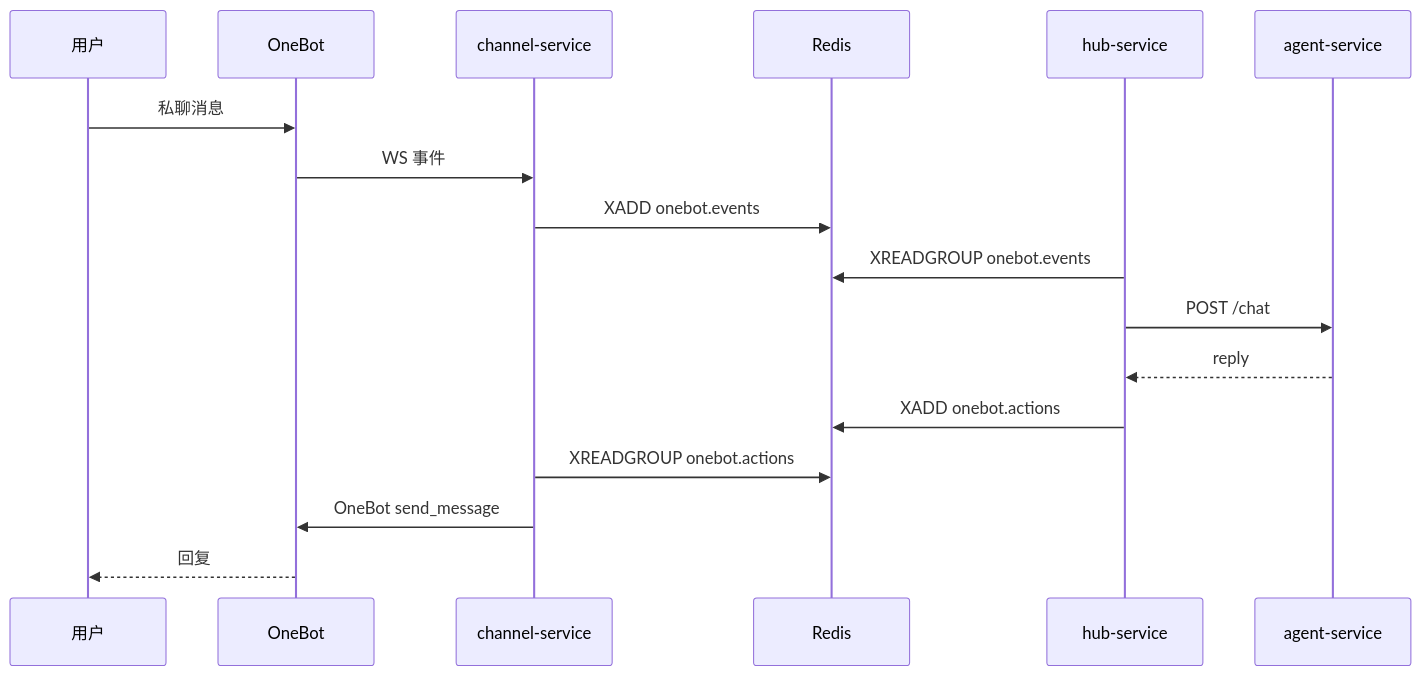
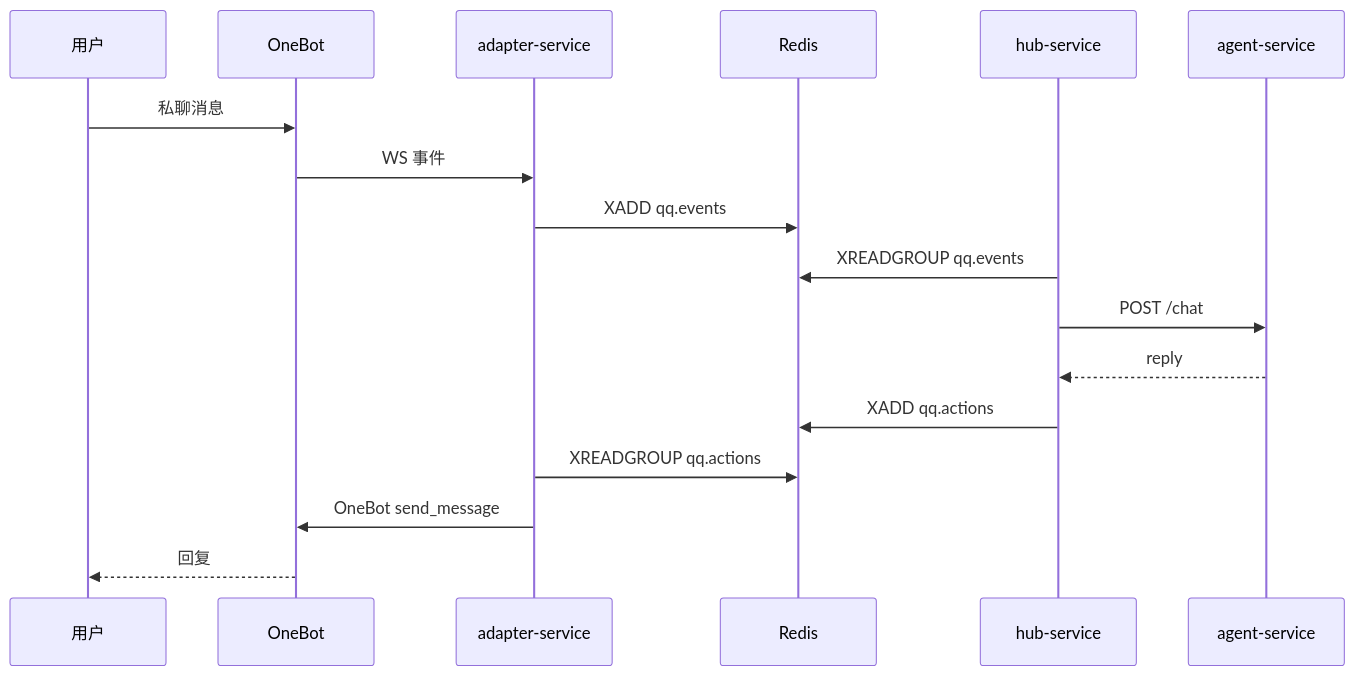
The second of 2 diagrams in README.md (tamakara/AIChan), drawn with Mermaid before and after one commit. The commit also changed other lines of this file and 73 other files, not shown here.

````diff
--- a/README.md
+++ b/README.md
@@ -30,20 +30,20 @@
 ```mermaid
 sequenceDiagram
     participant U as 用户
     participant O as OneBot
-    participant C as channel-service
+    participant C as adapter-service
     participant R as Redis
     participant H as hub-service
     participant A as agent-service
 
     U->>O: 私聊消息
     O->>C: WS 事件
-    C->>R: XADD onebot.events
-    H->>R: XREADGROUP onebot.events
+    C->>R: XADD qq.events
+    H->>R: XREADGROUP qq.events
     H->>A: POST /chat
     A-->>H: reply
-    H->>R: XADD onebot.actions
-    C->>R: XREADGROUP onebot.actions
+    H->>R: XADD qq.actions
+    C->>R: XREADGROUP qq.actions
     C->>O: OneBot send_message
     O-->>U: 回复
 ```
````
